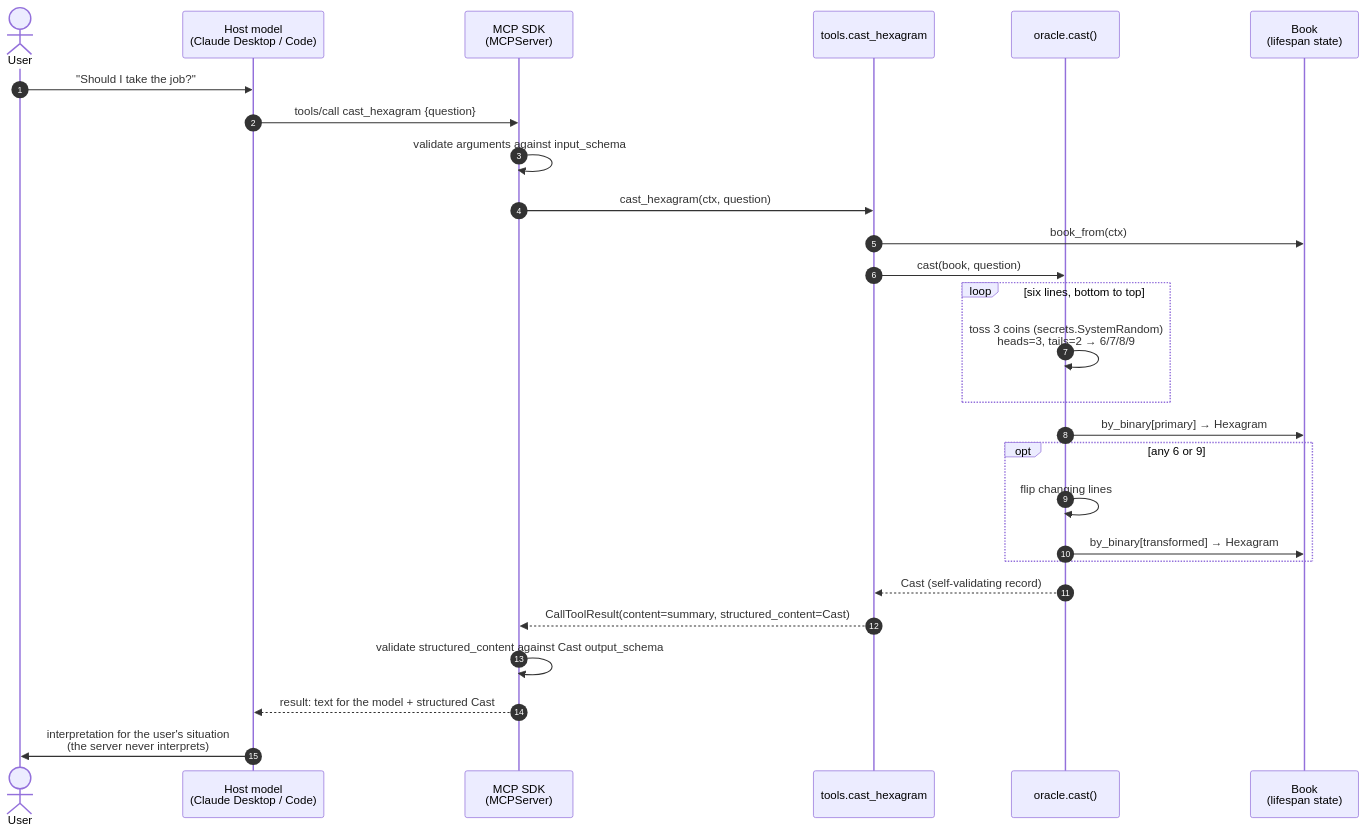
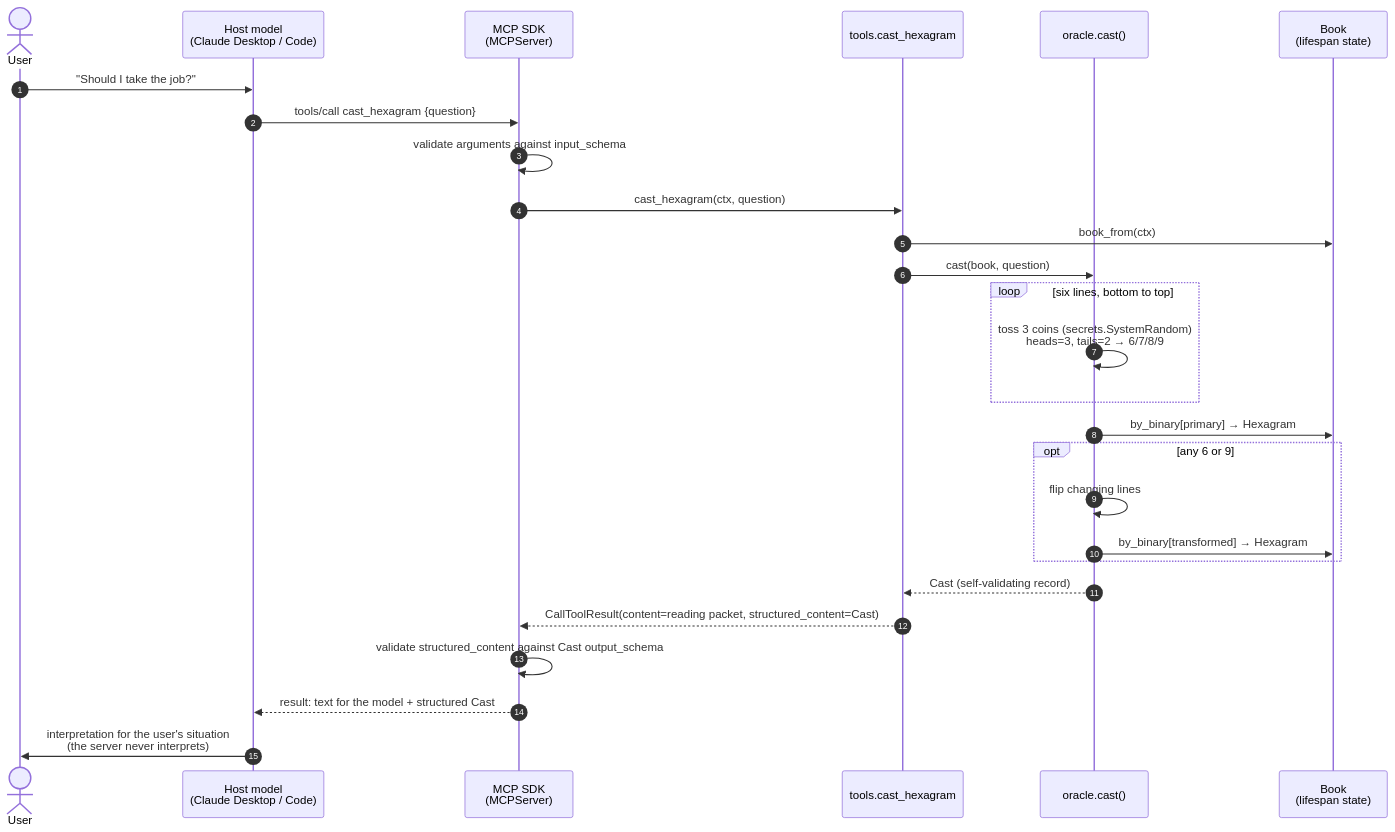
One commit to d4nshields/bibliomantic-mcp changed the diagram in docs/ARCHITECTURE.md. Above: the diagram before and after it, drawn with Mermaid. The commit also changed other lines of this file and 17 other files, not shown here.

````diff
--- a/docs/ARCHITECTURE.md
+++ b/docs/ARCHITECTURE.md
@@ -54,30 +54,30 @@
 ```mermaid
 sequenceDiagram
     autonumber
     actor User
     participant Host as Host model<br/>(Claude Desktop / Code)
     participant SDK as MCP SDK<br/>(MCPServer)
     participant Tool as tools.cast_hexagram
     participant Oracle as oracle.cast()
     participant Book as Book<br/>(lifespan state)
 
     User->>Host: "Should I take the job?"
     Host->>SDK: tools/call cast_hexagram {question}
     SDK->>SDK: validate arguments against input_schema
     SDK->>Tool: cast_hexagram(ctx, question)
     Tool->>Book: book_from(ctx)
     Tool->>Oracle: cast(book, question)
     loop six lines, bottom to top
         Oracle->>Oracle: toss 3 coins (secrets.SystemRandom)<br/>heads=3, tails=2 → 6/7/8/9
     end
     Oracle->>Book: by_binary[primary] → Hexagram
     opt any 6 or 9
         Oracle->>Oracle: flip changing lines
         Oracle->>Book: by_binary[transformed] → Hexagram
     end
     Oracle-->>Tool: Cast (self-validating record)
-    Tool-->>SDK: CallToolResult(content=summary, structured_content=Cast)
+    Tool-->>SDK: CallToolResult(content=reading packet, structured_content=Cast)
     SDK->>SDK: validate structured_content against Cast output_schema
     SDK-->>Host: result: text for the model + structured Cast
     Host->>User: interpretation for the user's situation<br/>(the server never interprets)
 ```
````
